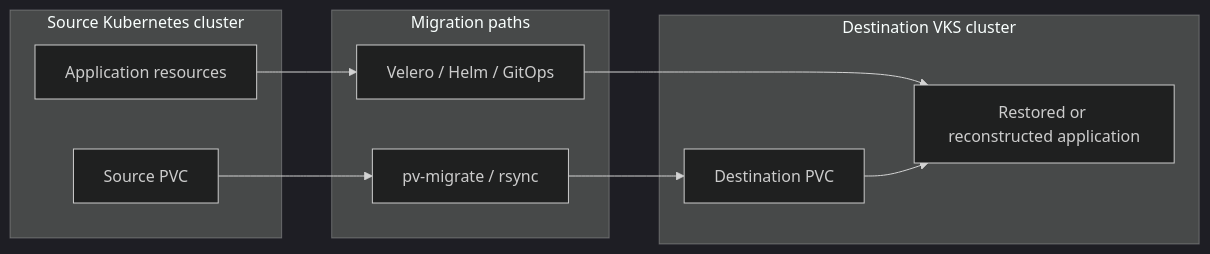
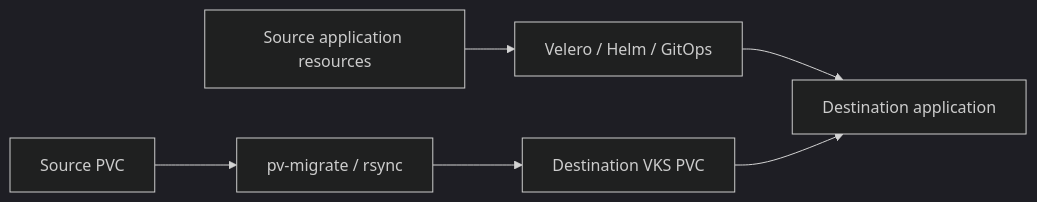
The second of 4 diagrams in VKS-Migrations/README.md (vmware/vks-validated-solutions), drawn with Mermaid (dark theme) before and after one commit. The commit also changed other lines of this file, not shown here.

````diff
--- a/VKS-Migrations/README.md
+++ b/VKS-Migrations/README.md
@@ -53,21 +47,6 @@
 ```mermaid
 flowchart LR
-    subgraph SOURCE["Source Kubernetes cluster"]
-        APP1["Application resources"]
-        PVC1["Source PVC"]
-    end
-
-    subgraph MIGRATION["Migration paths"]
-        META["Velero / Helm / GitOps"]
-        DATA["pv-migrate / rsync"]
-    end
-
-    subgraph DESTINATION["Destination VKS cluster"]
-        APP2["Restored or reconstructed application"]
-        PVC2["Destination PVC"]
-    end
-
-    APP1 --> META --> APP2
-    PVC1 --> DATA --> PVC2
+    APP1["Source application resources"] --> META["Velero / Helm / GitOps"] --> APP2["Destination application"]
+    PVC1["Source PVC"] --> DATA["pv-migrate / rsync"] --> PVC2["Destination VKS PVC"]
     PVC2 --> APP2
 ```
````
